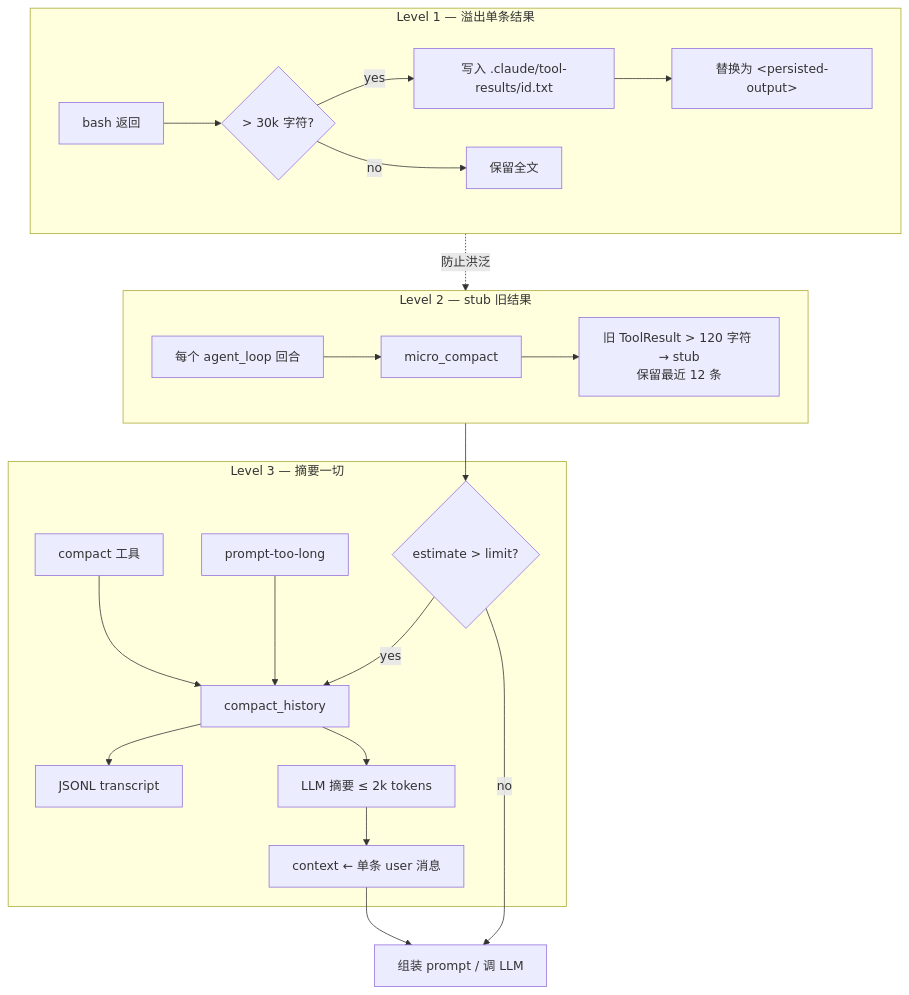
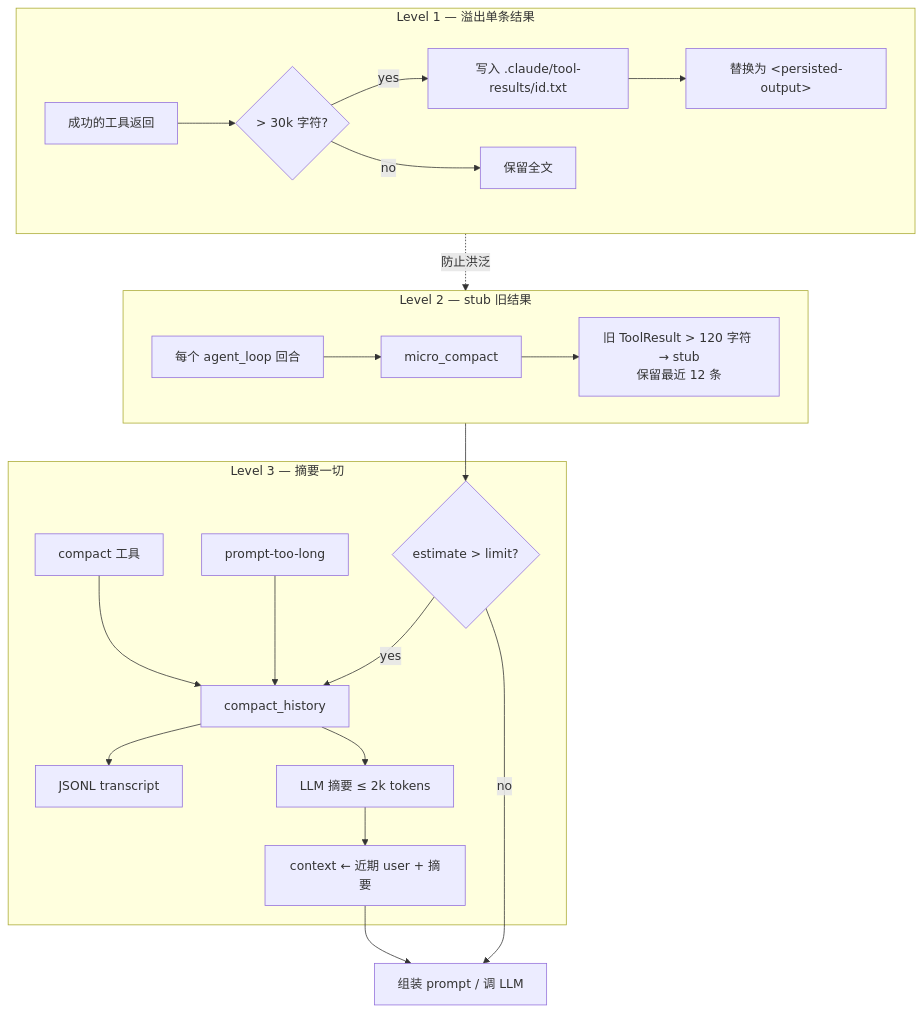
Before and after one commit to rust-infra/tact: the second of 15 diagrams in book/05_chapter_compact_zh.md, drawn with Mermaid. The commit also changed other lines of this file and 5 other files, not shown here.

````diff
--- a/book/05_chapter_compact_zh.md
+++ b/book/05_chapter_compact_zh.md
@@ -47,28 +47,28 @@
 ```mermaid
 flowchart TB
     subgraph L1["Level 1 — 溢出单条结果"]
-        Bash[bash 返回] --> Big{> 30k 字符?}
+        Bash[成功的工具返回] --> Big{> 30k 字符?}
         Big -->|yes| Disk1["写入 .claude/tool-results/id.txt"]
         Disk1 --> Env["替换为 &lt;persisted-output&gt;"]
         Big -->|no| Keep[保留全文]
     end
 
     subgraph L2["Level 2 — stub 旧结果"]
         Turn[每个 agent_loop 回合] --> MC[micro_compact]
         MC --> Stub["旧 ToolResult > 120 字符 → stub<br/>保留最近 12 条"]
     end
 
     subgraph L3["Level 3 — 摘要一切"]
         Est{estimate > limit?} -->|yes| CH[compact_history]
         Err[prompt-too-long] --> CH
         Manual[compact 工具] --> CH
         CH --> Disk2[JSONL transcript]
         CH --> Sum[LLM 摘要 ≤ 2k tokens]
-        Sum --> One[context ← 单条 user 消息]
+        Sum --> One[context ← 近期 user + 摘要]
     end
 
     L1 -.->|防止洪泛| L2
     L2 --> Est
     Est -->|no| Prompt[组装 prompt / 调 LLM]
     One --> Prompt
 ```
````
